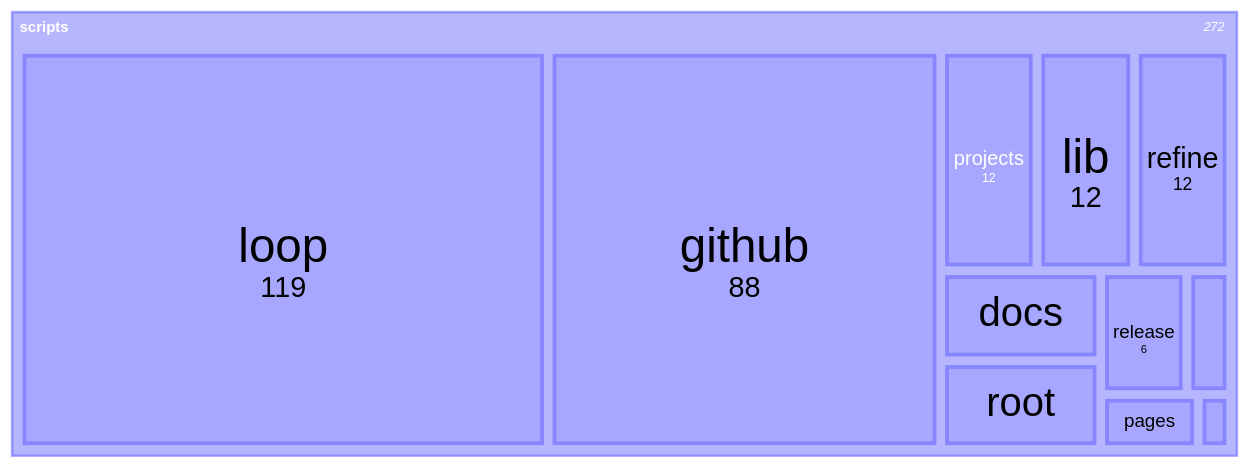
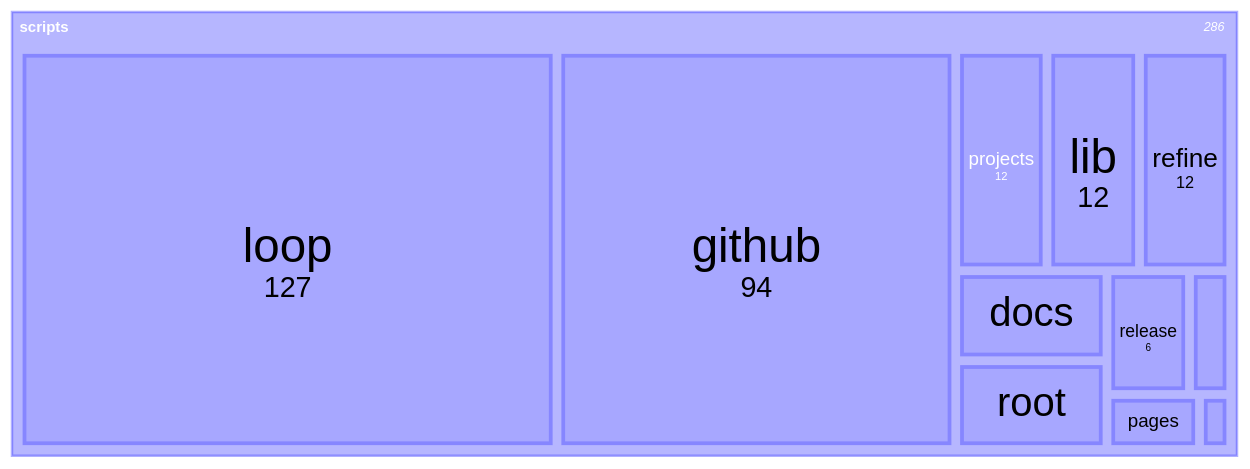
One commit to mfittko/dev-loops changed the eighth of 14 diagrams in docs/atlas/01-system-context.md. Above: the diagram before and after it, drawn with Mermaid. The commit also changed other lines of this file, not shown here.

````diff
--- a/docs/atlas/01-system-context.md
+++ b/docs/atlas/01-system-context.md
@@ -232,15 +235,15 @@
 ```mermaid
 treemap-beta
 "scripts"
-    "loop": 119
-    "github": 88
+    "loop": 127
+    "github": 94
     "projects": 12
     "lib": 12
     "refine": 12
     "docs": 8
     "root": 8
     "release": 6
     "claude": 3
     "pages": 3
     "security": 1
 ```
````
